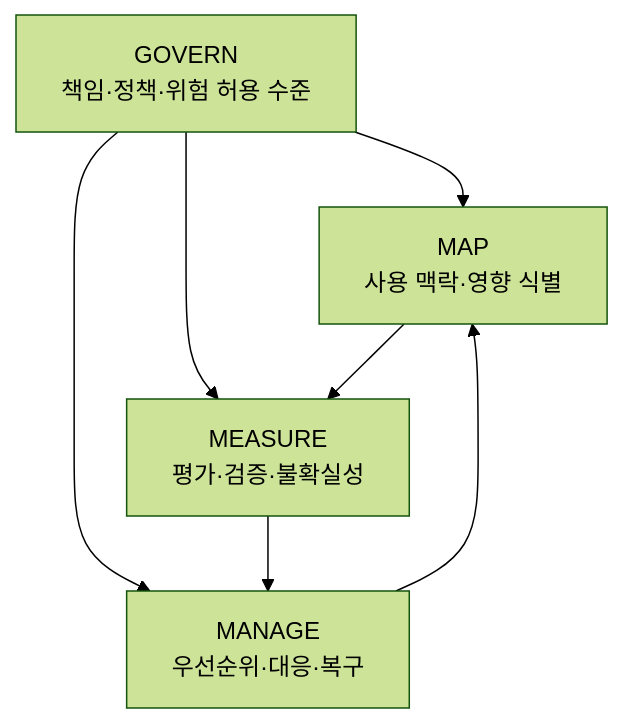
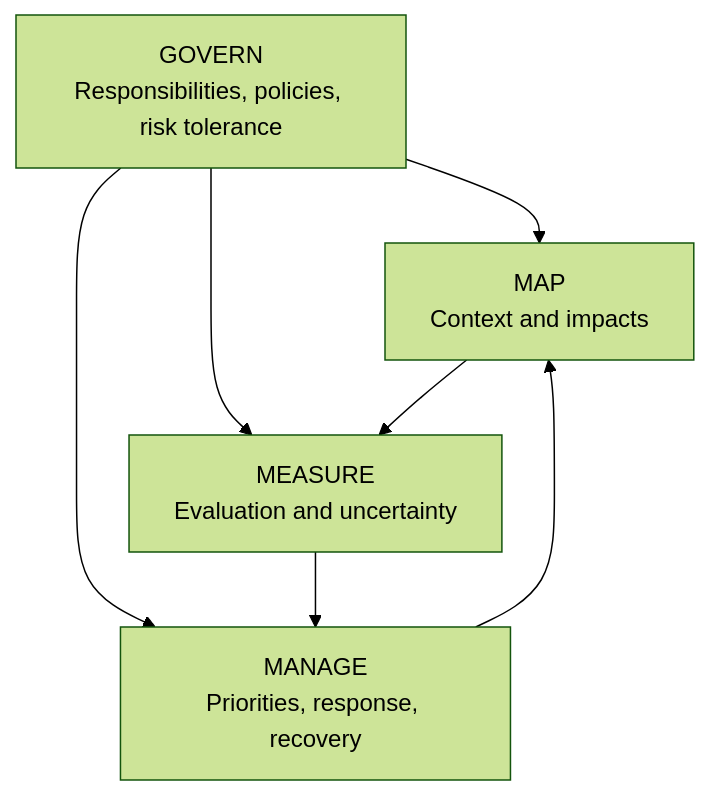
One commit to devfloor9/engineering-playbook changed the diagram in docs/aidlc/enterprise/regulatory-compliance/frameworks/nist-ai-rmf.md. Above: the diagram before and after it, drawn with Mermaid (forest theme). The commit also changed other lines of this file and 954 other files, not shown here.

````diff
--- a/docs/aidlc/enterprise/regulatory-compliance/frameworks/nist-ai-rmf.md
+++ b/docs/aidlc/enterprise/regulatory-compliance/frameworks/nist-ai-rmf.md
@@ -30,13 +30,13 @@
 ```mermaid
 flowchart TB
-    accTitle: NIST AI RMF의 네 기능
-    accDescr: GOVERN이 MAP, MEASURE, MANAGE 전체를 지원하고 세 기능은 맥락 식별, 측정, 대응을 반복한다.
-    GOV["GOVERN<br/>책임·정책·위험 허용 수준"]
-    MAP["MAP<br/>사용 맥락·영향 식별"]
-    MEASURE["MEASURE<br/>평가·검증·불확실성"]
-    MANAGE["MANAGE<br/>우선순위·대응·복구"]
+    accTitle: The four NIST AI RMF functions
+    accDescr: GOVERN supports MAP, MEASURE, and MANAGE as they repeat context identification, measurement, and risk response.
+    GOV["GOVERN<br/>Responsibilities, policies, risk tolerance"]
+    MAP["MAP<br/>Context and impacts"]
+    MEASURE["MEASURE<br/>Evaluation and uncertainty"]
+    MANAGE["MANAGE<br/>Priorities, response, recovery"]
     GOV --> MAP
     GOV --> MEASURE
     GOV --> MANAGE
     MAP --> MEASURE --> MANAGE --> MAP
 ```
````
